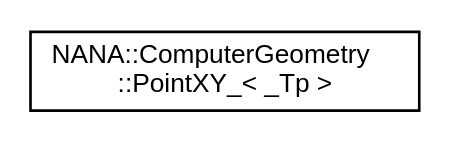
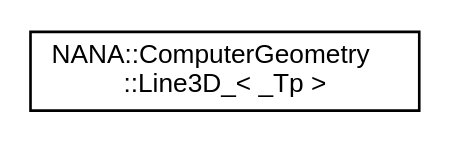
The diagram in docs/inherit_graph_6.dot (YuruTu/NANA), drawn with Graphviz before and after one commit. The commit also changed 97 other files, not shown here.

```diff
--- a/docs/inherit_graph_6.dot
+++ b/docs/inherit_graph_6.dot
@@ -1,8 +1,8 @@
 digraph "类继承关系图"
 {
  // LATEX_PDF_SIZE
   edge [fontname="Helvetica",fontsize="10",labelfontname="Helvetica",labelfontsize="10"];
   node [fontname="Helvetica",fontsize="10",shape=record];
   rankdir="LR";
-  Node0 [label="NANA::ComputerGeometry\l::PointXY_\< _Tp \>",height=0.2,width=0.4,color="black", fillcolor="white", style="filled",URL="$struct_n_a_n_a_1_1_computer_geometry_1_1_point_x_y__.html",tooltip="2D点集"];
+  Node0 [label="NANA::ComputerGeometry\l::Line3D_\< _Tp \>",height=0.2,width=0.4,color="black", fillcolor="white", style="filled",URL="$struct_n_a_n_a_1_1_computer_geometry_1_1_line3_d__.html",tooltip="3D直线"];
 }
```
